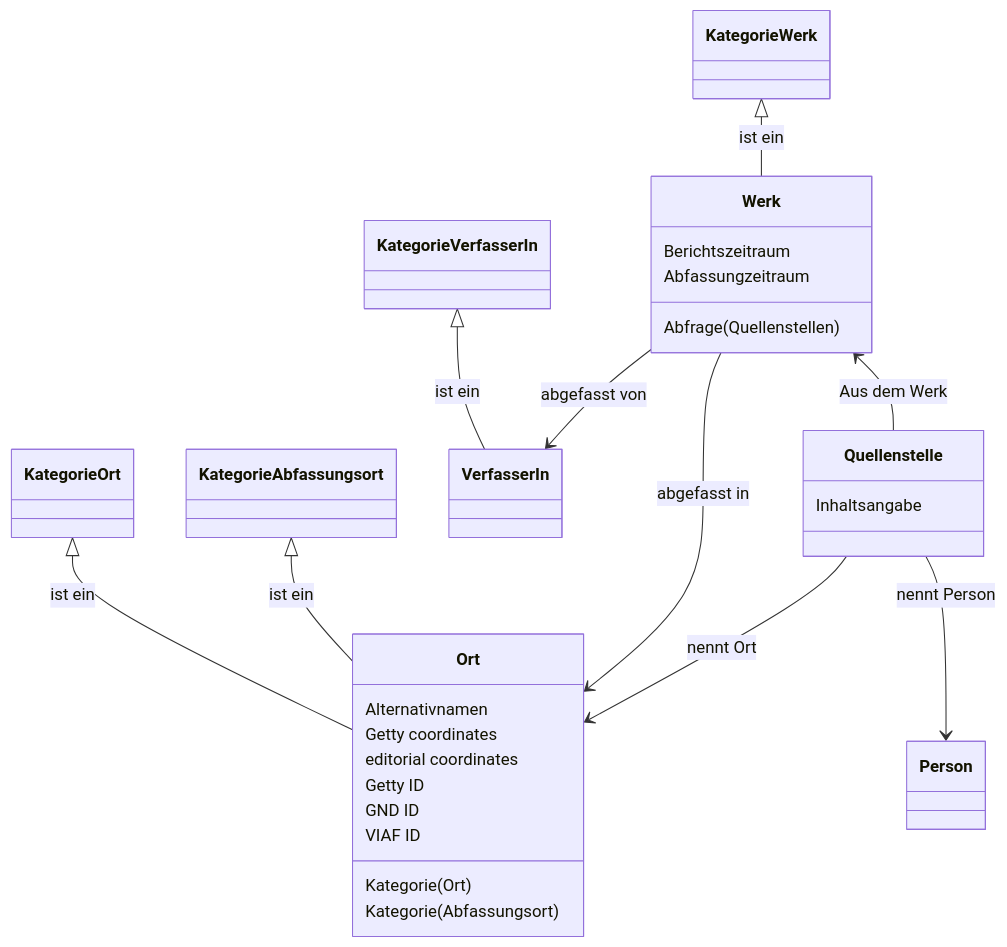
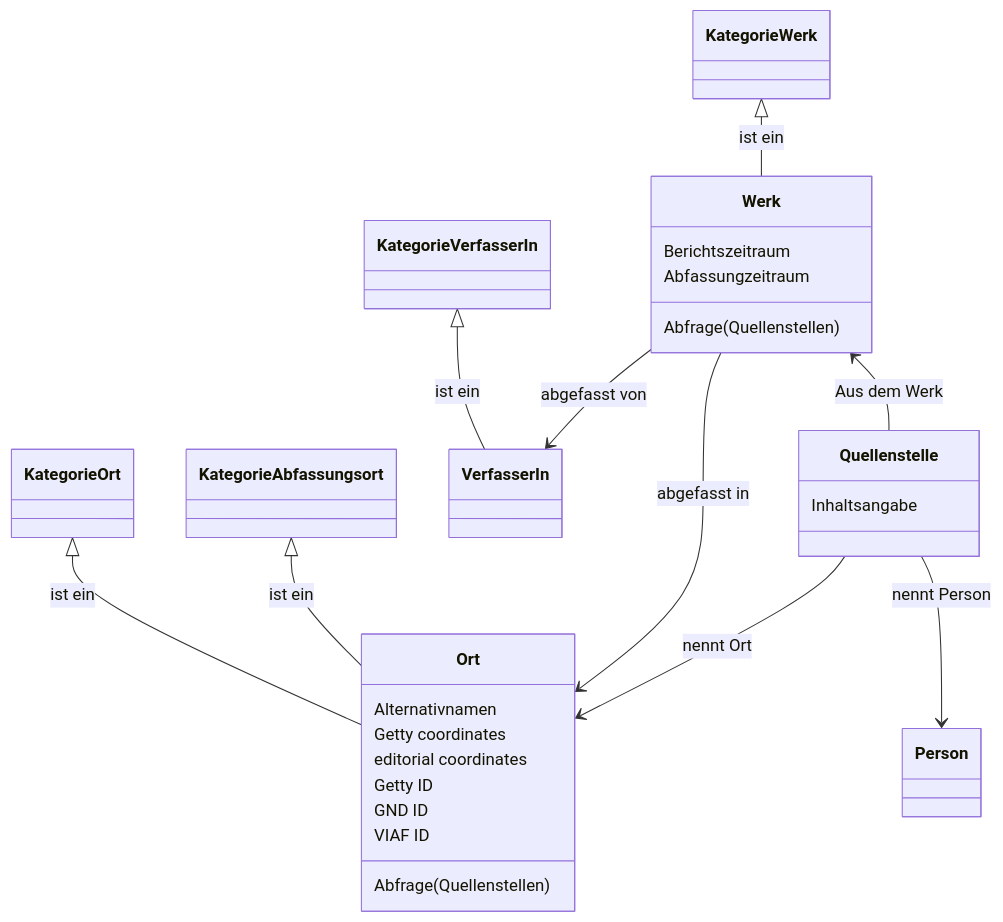
One commit to cceh/sarazenen-wiki changed the diagram in datenmodell/Readme.MD. Above: the diagram before and after it, drawn with Mermaid.

````diff
--- a/datenmodell/Readme.MD
+++ b/datenmodell/Readme.MD
@@ -1,46 +1,45 @@
 ```mermaid
 
 classDiagram
 
     class KategorieWerk
     KategorieWerk <|-- Werk : ist ein 
     
     class KategorieOrt
     KategorieOrt <|-- Ort : ist ein 
     
     class KategorieAbfassungsort
     KategorieAbfassungsort <|-- Ort : ist ein 
     
     class KategorieVerfasserIn
     KategorieVerfasserIn <|-- VerfasserIn : ist ein 
 
     class Werk
     Werk: Berichtszeitraum 
     Werk: Abfassungzeitraum
     Werk <-- Quellenstelle : Aus dem Werk
     Werk --> VerfasserIn : abgefasst von
     Werk --> Ort : abgefasst in
     Werk: Abfrage(Quellenstellen)
     
     class VerfasserIn
 
     class Quellenstelle
     Quellenstelle: Inhaltsangabe
     Quellenstelle --> Person : nennt Person
     Quellenstelle --> Ort : nennt Ort  
 
     class Person
 
     class Ort
     Ort: Alternativnamen
     Ort: Getty coordinates
     Ort: editorial coordinates
     Ort: Getty ID
     Ort: GND ID
     Ort: VIAF ID
-    Ort: Kategorie(Ort)
-    Ort: Kategorie(Abfassungsort)
+    Ort: Abfrage(Quellenstellen)
     
 end
 
 ```
````
